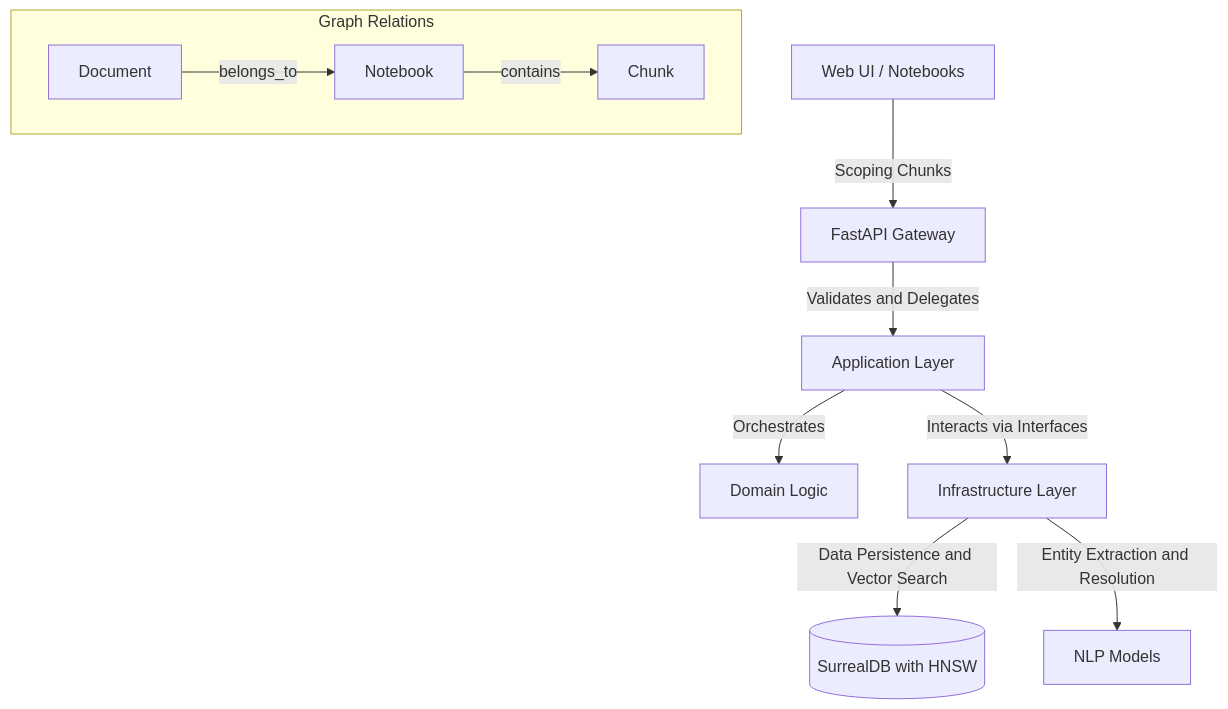
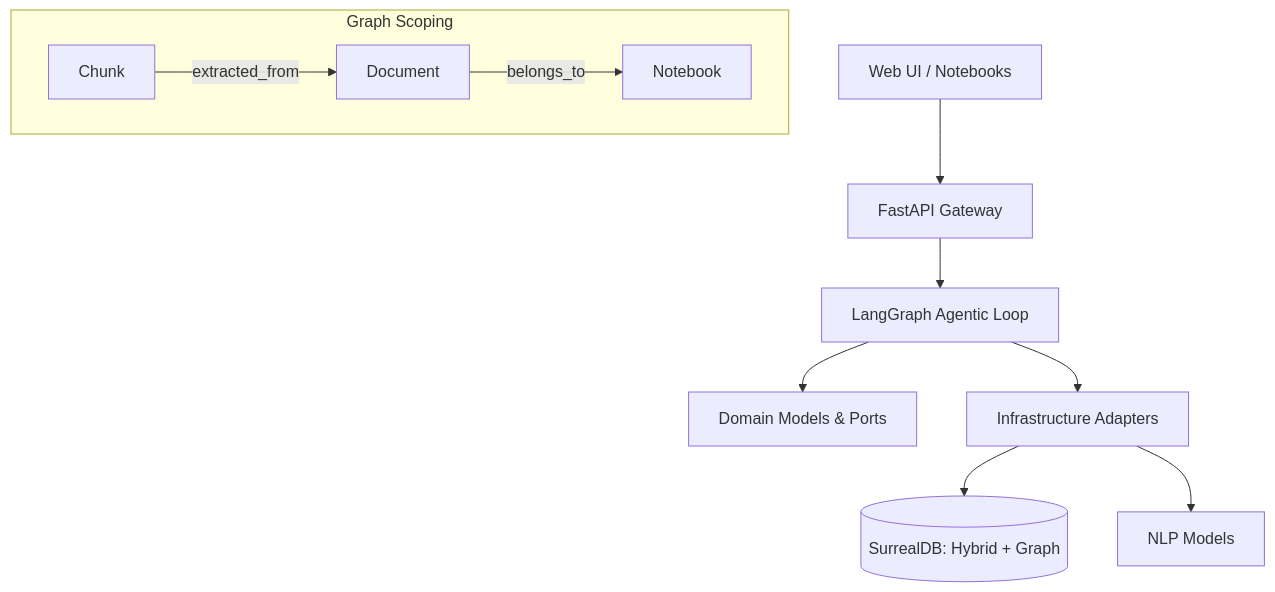
One commit to foersben/CodaCite changed the second of 2 diagrams in docs/architecture.md. Above: the diagram before and after it, drawn with Mermaid. The commit also changed other lines of this file and 16 other files, not shown here.

````diff
--- a/docs/architecture.md
+++ b/docs/architecture.md
@@ -58,22 +65,22 @@
 ```mermaid
 graph TD
     UI[Web UI / Notebooks]
     API[FastAPI Gateway]
-    APP[Application Layer]
-    DOMAIN[Domain Logic]
-    INFRA[Infrastructure Layer]
-    DB[(SurrealDB with HNSW)]
+    APP[LangGraph Agentic Loop]
+    DOMAIN[Domain Models & Ports]
+    INFRA[Infrastructure Adapters]
+    DB[(SurrealDB: Hybrid + Graph)]
     MODELS[NLP Models]
 
-    UI -->|Scoping Chunks| API
-    API -->|Validates and Delegates| APP
-    APP -->|Orchestrates| DOMAIN
-    APP -->|Interacts via Interfaces| INFRA
-    INFRA -->|Data Persistence and Vector Search| DB
-    INFRA -->|Entity Extraction and Resolution| MODELS
+    UI --> API
+    API --> APP
+    APP --> DOMAIN
+    APP --> INFRA
+    INFRA --> DB
+    INFRA --> MODELS
 
-    subgraph "Graph Relations"
+    subgraph "Graph Scoping"
         DOC[Document] -- belongs_to --> NB[Notebook]
-        NB -- contains --> CH[Chunk]
+        CH[Chunk] -- extracted_from --> DOC
     end
 ```
````
